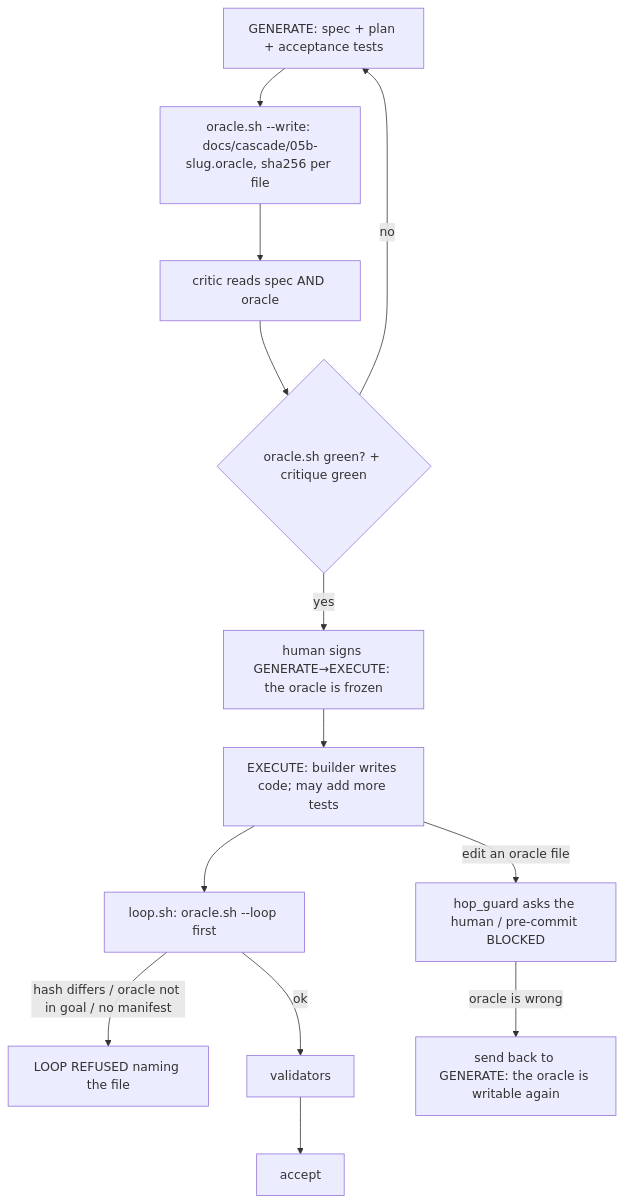
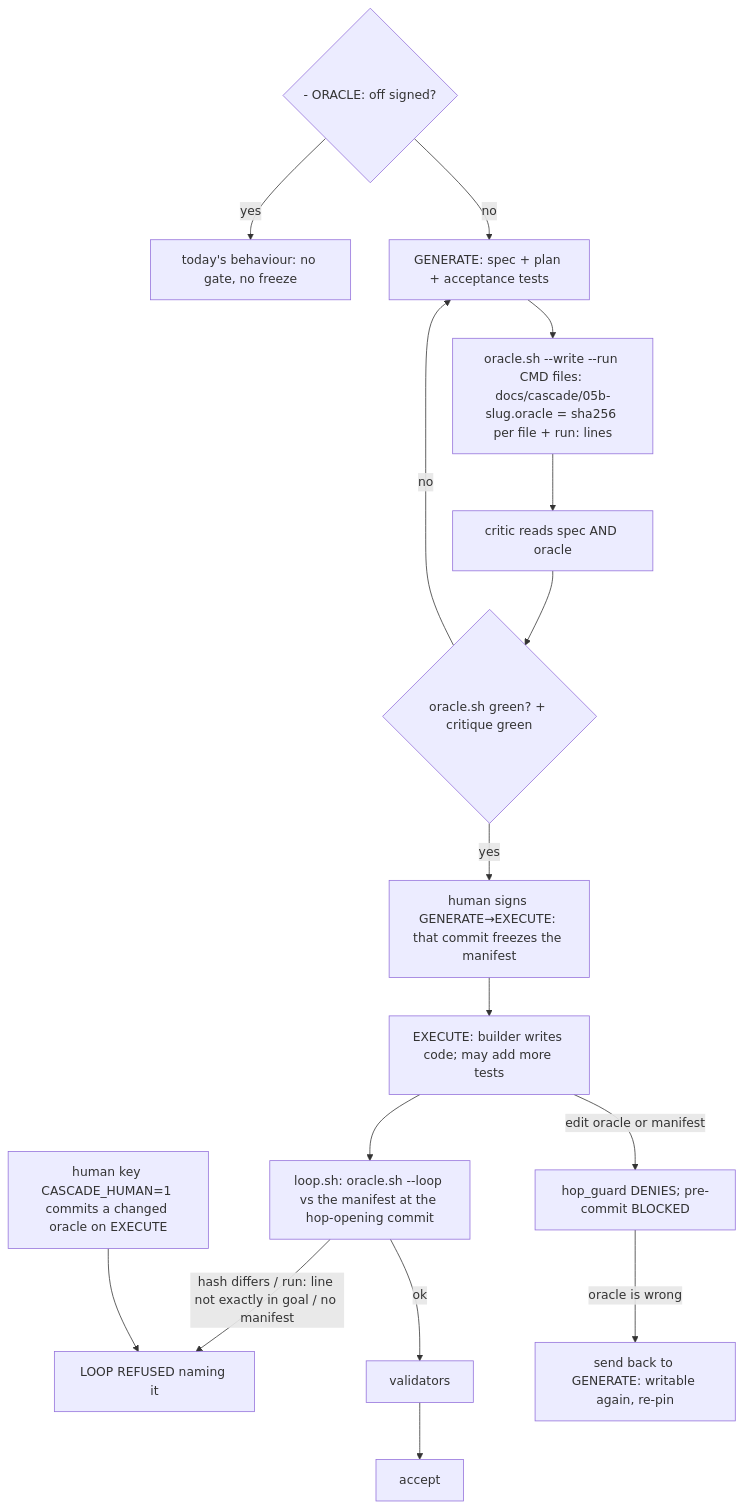
Before and after one commit to kadaluarsa/barbaric-driven-development: the second of 2 diagrams in docs/cascade/05b-t89-frozen-oracle.md, drawn with Mermaid. The commit also changed other lines of this file and 3 other files, not shown here.

Commit message:
docs: answer t89 critique — spec v2, oracle v2 re-pinned

````diff
--- a/docs/cascade/05b-t89-frozen-oracle.md
+++ b/docs/cascade/05b-t89-frozen-oracle.md
@@ -40,14 +40,17 @@
 ```mermaid
 flowchart TD
-  G[GENERATE: spec + plan + acceptance tests] --> W[oracle.sh --write: docs/cascade/05b-slug.oracle, sha256 per file]
+  OFF{- ORACLE: off signed?} -->|yes| T[today's behaviour: no gate, no freeze]
+  OFF -->|no| G[GENERATE: spec + plan + acceptance tests]
+  G --> W[oracle.sh --write --run CMD files: docs/cascade/05b-slug.oracle = sha256 per file + run: lines]
   W --> C[critic reads spec AND oracle]
   C --> Q{oracle.sh green? + critique green}
   Q -->|no| G
-  Q -->|yes| S[human signs GENERATE→EXECUTE: the oracle is frozen]
+  Q -->|yes| S[human signs GENERATE→EXECUTE: that commit freezes the manifest]
   S --> E[EXECUTE: builder writes code; may add more tests]
-  E -->|edit an oracle file| B[hop_guard asks the human / pre-commit BLOCKED]
-  E --> L[loop.sh: oracle.sh --loop first]
-  L -->|hash differs / oracle not in goal / no manifest| R[LOOP REFUSED naming the file]
+  E -->|edit oracle or manifest| B[hop_guard DENIES; pre-commit BLOCKED]
+  E --> L[loop.sh: oracle.sh --loop vs the manifest at the hop-opening commit]
+  L -->|hash differs / run: line not exactly in goal / no manifest| R[LOOP REFUSED naming it]
   L -->|ok| V[validators] --> A[accept]
-  B -->|oracle is wrong| SB[send back to GENERATE: the oracle is writable again]
+  B -->|oracle is wrong| SB[send back to GENERATE: writable again, re-pin]
+  K[human key CASCADE_HUMAN=1 commits a changed oracle on EXECUTE] --> R
 ```
````
